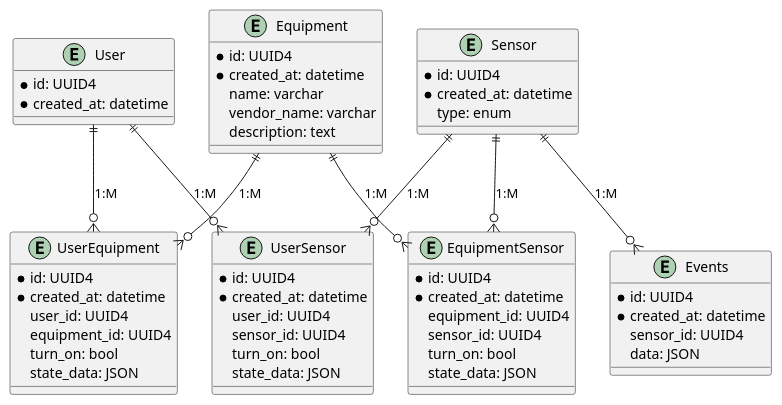
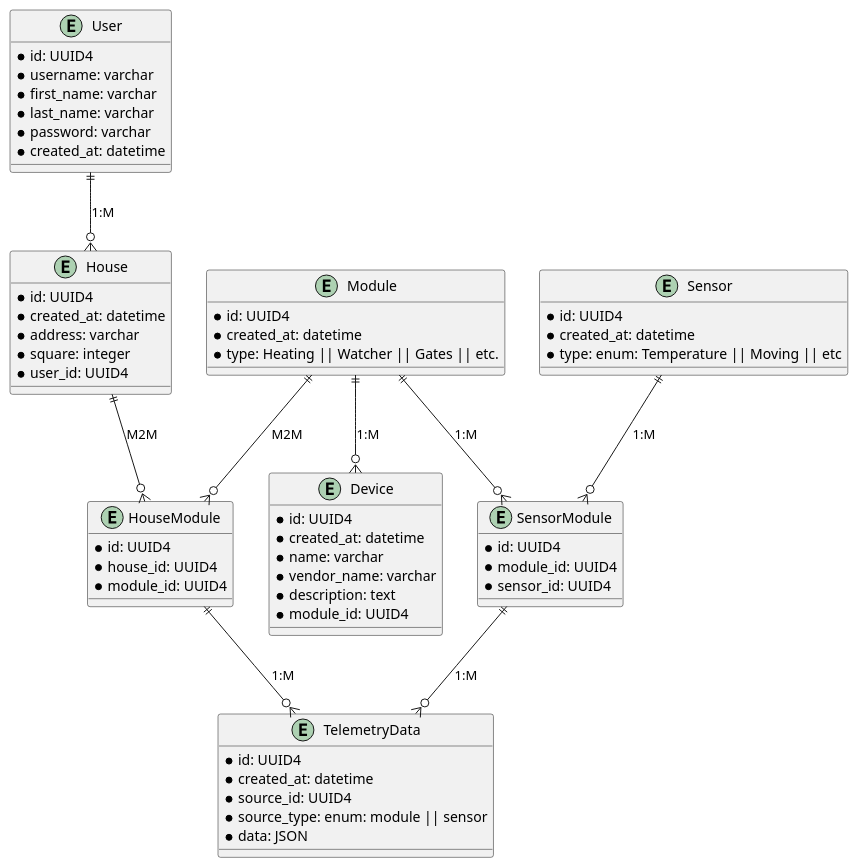
One commit to fireflysmk/architecture-sprint-3 changed the diagram in smart-home-monolith/diagrams/ER_CleverVillageSystem.puml. Above: the diagram before and after it, drawn with PlantUML.

Commit message:
improvements er diagram

```diff
--- a/smart-home-monolith/diagrams/ER_CleverVillageSystem.puml
+++ b/smart-home-monolith/diagrams/ER_CleverVillageSystem.puml
@@ -1,66 +1,70 @@
 @startuml
 entity "User" {
     *id: UUID4
+    *username: varchar
+    *first_name: varchar
+    *last_name: varchar
+    *password: varchar
     *created_at: datetime
 }
 
-entity "Equipment" {
+entity "House" {
     *id: UUID4
     *created_at: datetime
-    name: varchar
-    vendor_name: varchar
-    description: text
+    *address: varchar
+    *square: integer
+    *user_id: UUID4
 }
 
-entity "UserEquipment" {
+entity "Module" {
     *id: UUID4
     *created_at: datetime
-    user_id: UUID4
-    equipment_id: UUID4
-    turn_on: bool
-    state_data: JSON
+    *type: Heating || Watcher || Gates || etc.
+}
+
+entity "HouseModule" {
+    *id: UUID4
+    *house_id: UUID4
+    *module_id: UUID4
+}
+
+entity "SensorModule" {
+    *id: UUID4
+    *module_id: UUID4
+    *sensor_id: UUID4
+}
+
+entity "Device" {
+    *id: UUID4
+    *created_at: datetime
+    *name: varchar
+    *vendor_name: varchar
+    *description: text
+    *module_id: UUID4
 }
 
 entity "Sensor" {
     *id: UUID4
     *created_at: datetime
-    type: enum
+    *type: enum: Temperature || Moving || etc
 }
 
-entity "EquipmentSensor" {
+entity "TelemetryData" {
     *id: UUID4
     *created_at: datetime
-    equipment_id: UUID4
-    sensor_id: UUID4
-    turn_on: bool
-    state_data: JSON
+    *source_id: UUID4
+    *source_type: enum: module || sensor
+    *data: JSON
 }
 
-entity "Events" {
-    *id: UUID4
-    *created_at: datetime
-    sensor_id: UUID4
-    data: JSON
-}
+User ||--o{ House : "1:M"
+House ||--o{ HouseModule : "M2M"
+Module ||--o{ HouseModule : "M2M"
+Module ||--o{ Device : "1:M"
 
-entity "UserSensor" {
-    *id: UUID4
-    *created_at: datetime
-    user_id: UUID4
-    sensor_id: UUID4
-    turn_on: bool
-    state_data: JSON
-}
+Module ||--o{ SensorModule : "1:M"
+Sensor ||--o{ SensorModule : "1:M"
 
-' Связи между таблицами
-User ||--o{ UserEquipment : "1:M"
-Equipment ||--o{ UserEquipment : "1:M"
-
-Equipment ||--o{ EquipmentSensor : "1:M"
-Sensor ||--o{ EquipmentSensor : "1:M"
-
-Sensor ||--o{ Events : "1:M"
-
-User ||--o{ UserSensor : "1:M"
-Sensor ||--o{ UserSensor : "1:M"
+SensorModule ||--o{ TelemetryData : "1:M"
+HouseModule ||--o{ TelemetryData : "1:M"
 @enduml
```
